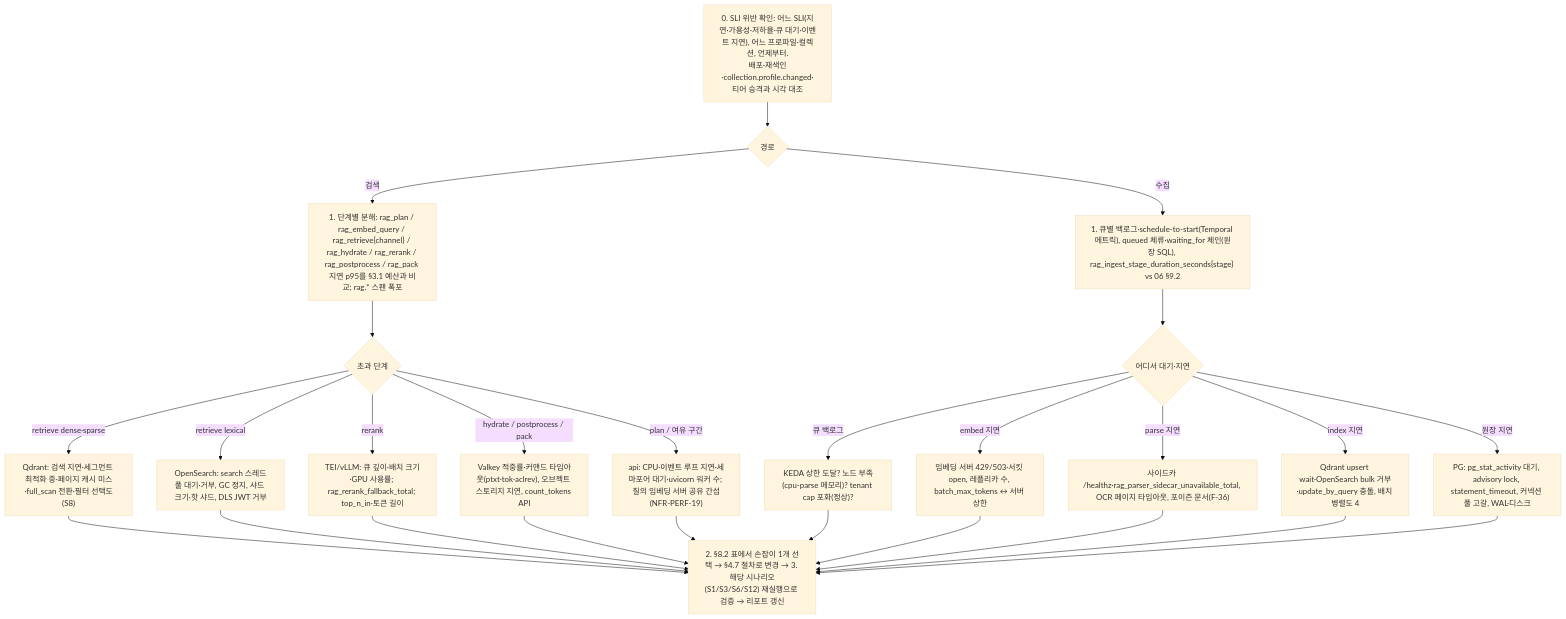
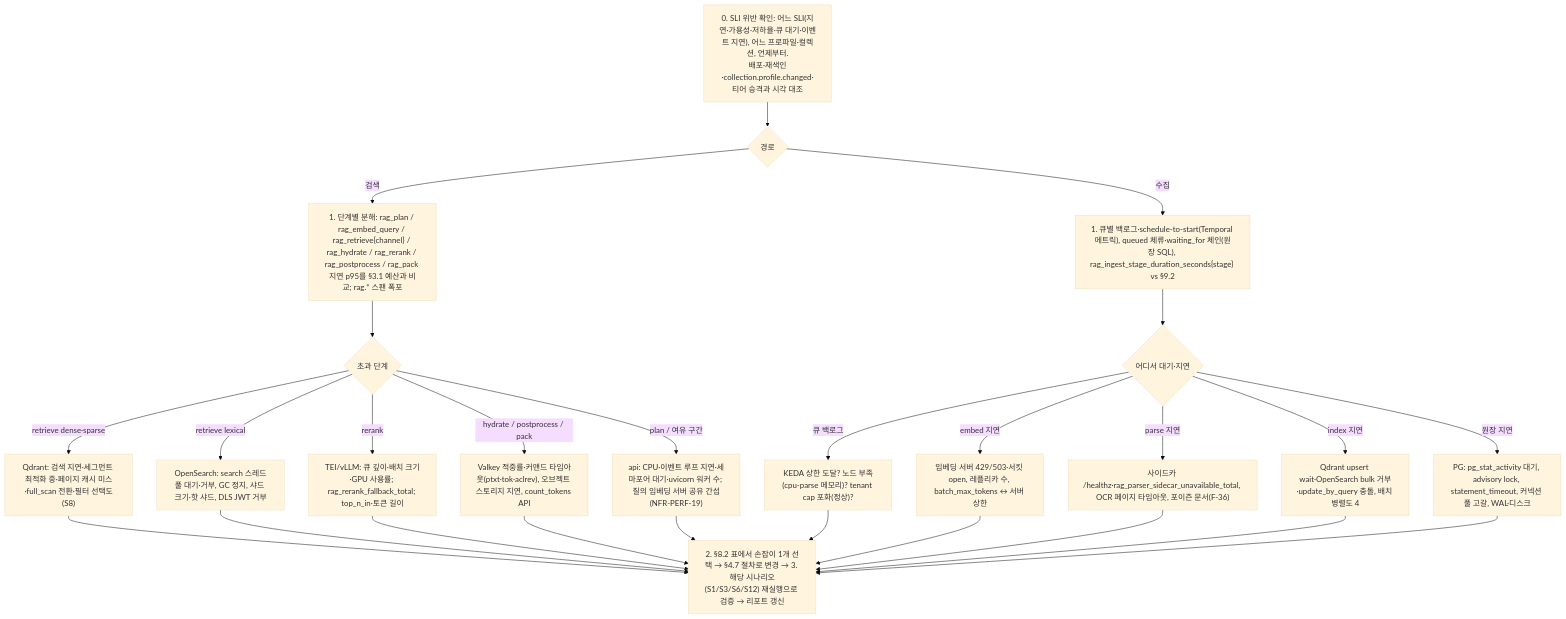
One commit to dplayamin-ai/rag-platform changed the third of 3 diagrams in docs/09-operations/04-scaling-and-performance.md. Above: the diagram before and after it, drawn with Mermaid (base theme). The commit also changed other lines of this file and 103 other files, not shown here.

````diff
--- a/docs/09-operations/04-scaling-and-performance.md
+++ b/docs/09-operations/04-scaling-and-performance.md
@@ -612,19 +612,19 @@
 ```mermaid
 flowchart TD
     A["0. SLI 위반 확인: 어느 SLI(지연·가용성·저하율·큐 대기·이벤트 지연), 어느 프로파일·컬렉션, 언제부터.<br/>배포·재색인·collection.profile.changed·티어 승격과 시각 대조"] --> B{"경로"}
     B -->|검색| C["1. 단계별 분해: rag_plan / rag_embed_query / rag_retrieve{channel} / rag_hydrate / rag_rerank / rag_postprocess / rag_pack 지연 p95를 §3.1 예산과 비교; rag.* 스팬 폭포"]
     C --> D{"초과 단계"}
     D -->|retrieve dense·sparse| E["Qdrant: 검색 지연·세그먼트 최적화 중·페이지 캐시 미스·full_scan 전환·필터 선택도(S8)"]
     D -->|retrieve lexical| F["OpenSearch: search 스레드풀 대기·거부, GC 정지, 샤드 크기·핫 샤드, DLS JWT 거부"]
     D -->|rerank| G["TEI/vLLM: 큐 깊이·배치 크기·GPU 사용률; rag_rerank_fallback_total; top_n_in·토큰 길이"]
     D -->|hydrate / postprocess / pack| H["Valkey 적중률·커맨드 타임아웃(ptxt·tok·aclrev), 오브젝트 스토리지 지연, count_tokens API"]
     D -->|plan / 여유 구간| I["api: CPU·이벤트 루프 지연·세마포어 대기·uvicorn 워커 수; 질의 임베딩 서버 공유 간섭(NFR-PERF-19)"]
-    B -->|수집| J["1. 큐별 백로그·schedule-to-start(Temporal 메트릭), queued 체류·waiting_for 체인(원장 SQL), rag_ingest_stage_duration_seconds{stage} vs 06 §9.2"]
+    B -->|수집| J["1. 큐별 백로그·schedule-to-start(Temporal 메트릭), queued 체류·waiting_for 체인(원장 SQL), rag_ingest_stage_duration_seconds{stage} vs §9.2"]
     J --> K{"어디서 대기·지연"}
     K -->|큐 백로그| L["KEDA 상한 도달? 노드 부족(cpu-parse 메모리)? tenant cap 포화(정상)?"]
     K -->|embed 지연| M["임베딩 서버 429/503·서킷 open, 레플리카 수, batch_max_tokens ↔ 서버 상한"]
     K -->|parse 지연| N["사이드카 /healthz·rag_parser_sidecar_unavailable_total, OCR 페이지 타임아웃, 포이즌 문서(F-36)"]
     K -->|index 지연| O["Qdrant upsert wait·OpenSearch bulk 거부·update_by_query 충돌, 배치 병렬도 4"]
     K -->|원장 지연| P["PG: pg_stat_activity 대기, advisory lock, statement_timeout, 커넥션 풀 고갈, WAL·디스크"]
     E & F & G & H & I & L & M & N & O & P --> Q["2. §8.2 표에서 손잡이 1개 선택 → §4.7 절차로 변경 → 3. 해당 시나리오(S1/S3/S6/S12) 재실행으로 검증 → 리포트 갱신"]
 ```
````
